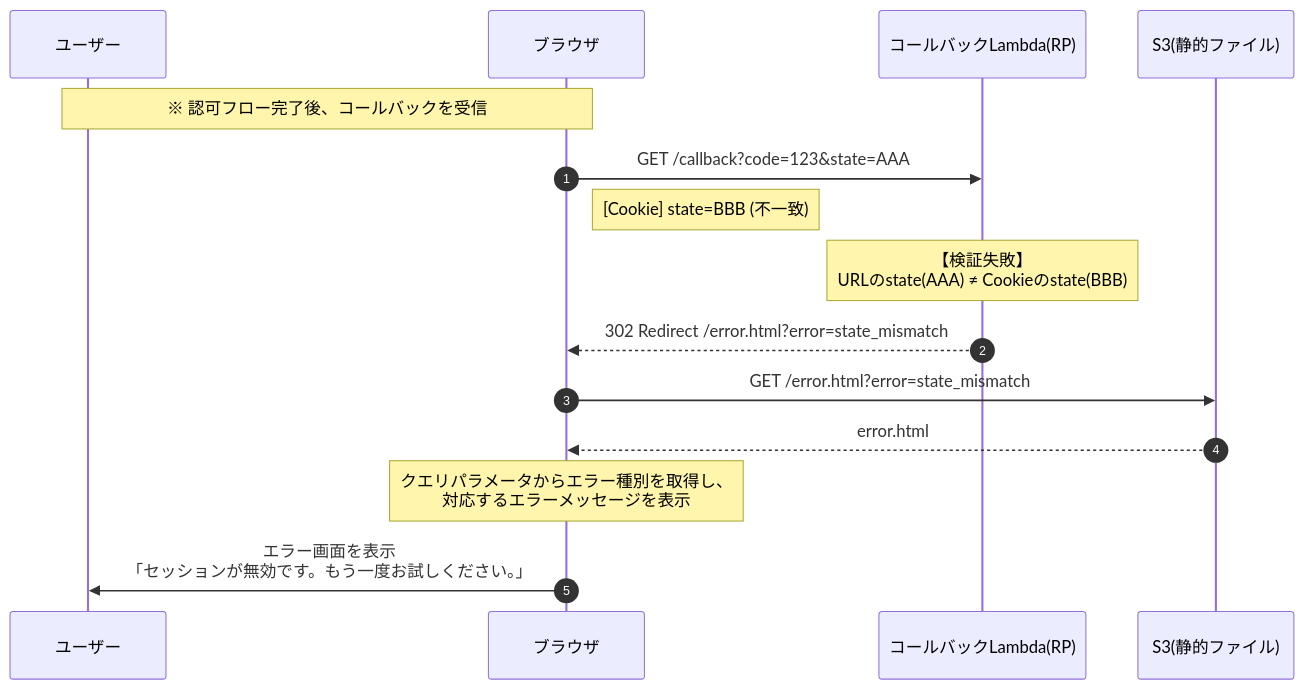
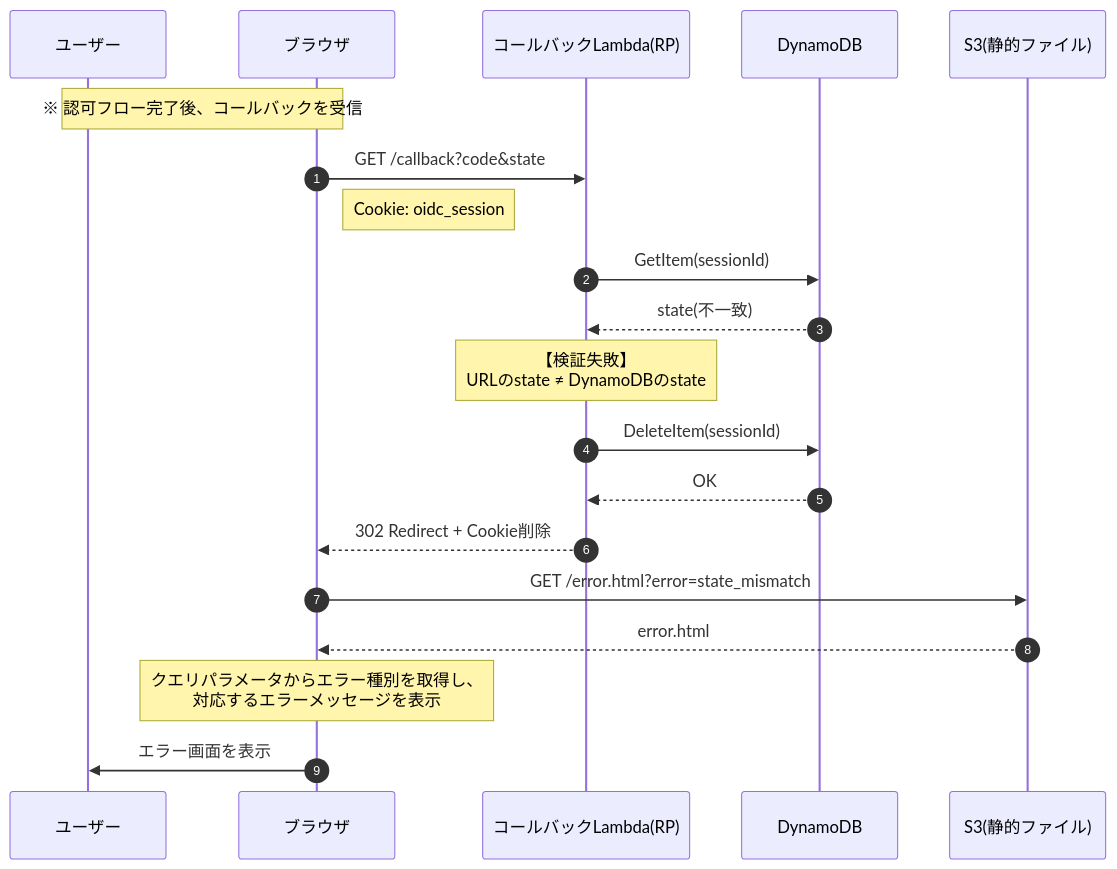
One commit to kasiopeiya/oidc-learning-sandbox changed the second of 5 diagrams in docs/backend-design.md. Above: the diagram before and after it, drawn with Mermaid. The commit also changed other lines of this file and 8 other files, not shown here.

````diff
--- a/docs/backend-design.md
+++ b/docs/backend-design.md
@@ -86,23 +96,30 @@
 ```mermaid
 sequenceDiagram
     autonumber
     participant User as ユーザー
     participant Browser as ブラウザ
     participant L2 as コールバックLambda(RP)
+    participant DDB as DynamoDB
     participant S3 as S3(静的ファイル)
 
     Note over User,Browser: ※ 認可フロー完了後、コールバックを受信
 
-    Browser->>L2: GET /callback?code=123&state=AAA
-    Note right of Browser: [Cookie] state=BBB (不一致)
+    Browser->>L2: GET /callback?code&state
+    Note right of Browser: Cookie: oidc_session
 
-    Note over L2: 【検証失敗】<br/>URLのstate(AAA) ≠ Cookieのstate(BBB)
+    L2->>DDB: GetItem(sessionId)
+    DDB-->>L2: state(不一致)
 
-    L2-->>Browser: 302 Redirect /error.html?error=state_mismatch
+    Note over L2: 【検証失敗】<br/>URLのstate ≠ DynamoDBのstate
+
+    L2->>DDB: DeleteItem(sessionId)
+    DDB-->>L2: OK
+
+    L2-->>Browser: 302 Redirect + Cookie削除
     Browser->>S3: GET /error.html?error=state_mismatch
     S3-->>Browser: error.html
-    
+
     Note over Browser: クエリパラメータからエラー種別を取得し、<br/>対応するエラーメッセージを表示
-    
-    Browser->>User: エラー画面を表示<br/>「セッションが無効です。もう一度お試しください。」
+
+    Browser->>User: エラー画面を表示
 ```
````
